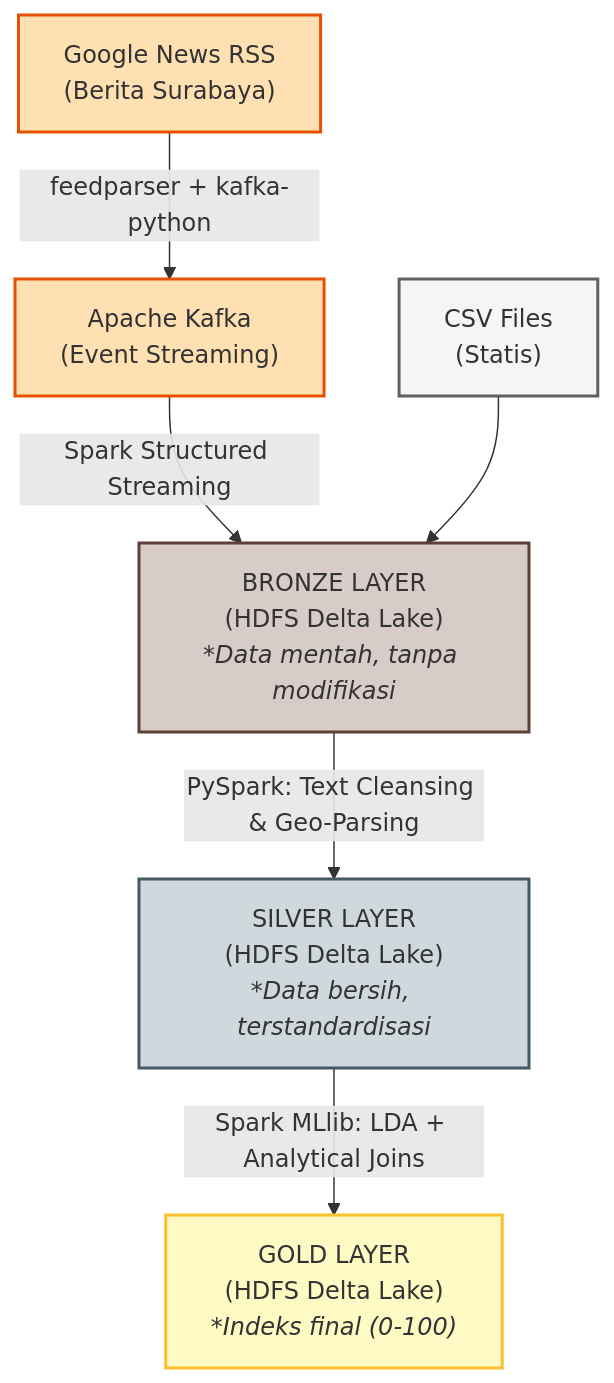
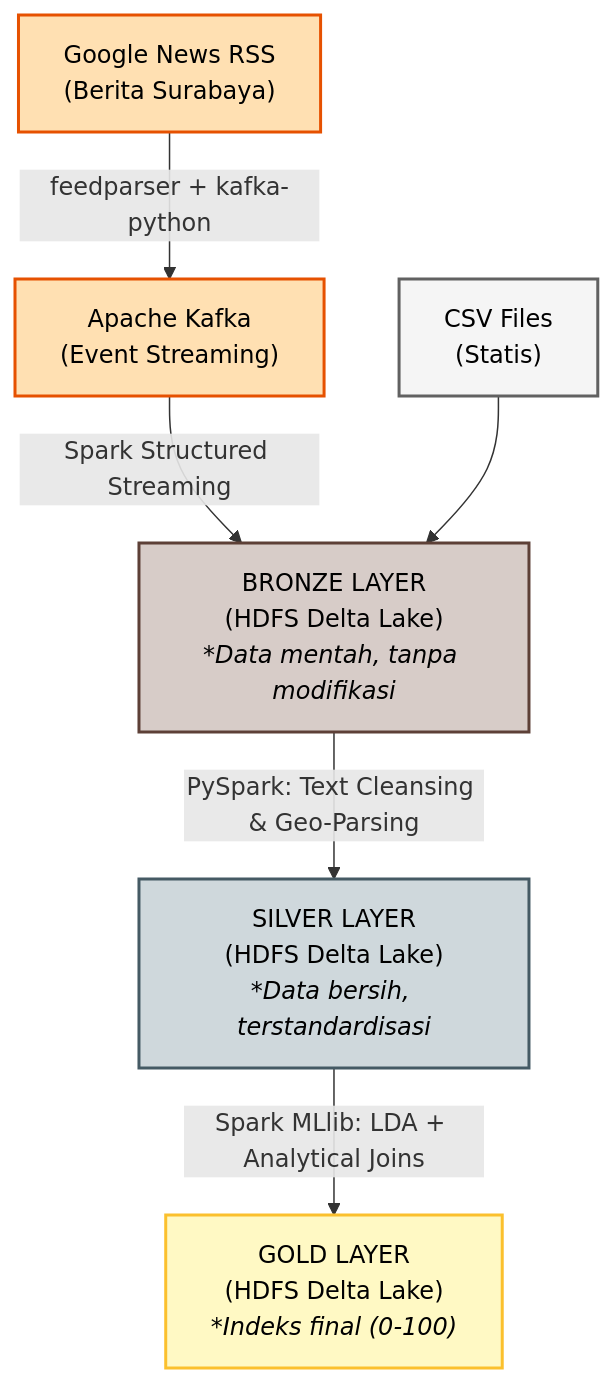
Before and after one commit to airenmeyy/kelompok-1-eas-bigdata: the first of 6 diagrams in README.md, drawn with Mermaid.

Commit message:
fix(docs): force black text color in Mermaid diagram for dark mode contrast

````diff
--- a/README.md
+++ b/README.md
@@ -120,32 +120,32 @@
 ```mermaid
 graph TD
     %% Styling Definitions
-    classDef stream fill:#ffe0b2,stroke:#e65100,stroke-width:2px;
-    classDef static fill:#f5f5f5,stroke:#616161,stroke-width:2px;
-    classDef bronze fill:#d7ccc8,stroke:#5d4037,stroke-width:2px;
-    classDef silver fill:#cfd8dc,stroke:#455a64,stroke-width:2px;
-    classDef gold fill:#fff9c4,stroke:#fbc02d,stroke-width:2px;
+    classDef stream fill:#ffe0b2,stroke:#e65100,stroke-width:2px,color:#000;
+    classDef static fill:#f5f5f5,stroke:#616161,stroke-width:2px,color:#000;
+    classDef bronze fill:#d7ccc8,stroke:#5d4037,stroke-width:2px,color:#000;
+    classDef silver fill:#cfd8dc,stroke:#455a64,stroke-width:2px,color:#000;
+    classDef gold fill:#fff9c4,stroke:#fbc02d,stroke-width:2px,color:#000;
 
     %% Nodes
     RSS["Google News RSS<br/>(Berita Surabaya)"]
     Kafka["Apache Kafka<br/>(Event Streaming)"]
     CSV["CSV Files<br/>(Statis)"]
     
     Bronze["BRONZE LAYER<br/>(HDFS Delta Lake)<br/><i>*Data mentah, tanpa modifikasi</i>"]
     Silver["SILVER LAYER<br/>(HDFS Delta Lake)<br/><i>*Data bersih, terstandardisasi</i>"]
     Gold["GOLD LAYER<br/>(HDFS Delta Lake)<br/><i>*Indeks final (0-100)</i>"]
 
     %% Connections
     RSS -->|feedparser + kafka-python| Kafka
     Kafka -->|Spark Structured Streaming| Bronze
     CSV --> Bronze
     Bronze -->|PySpark: Text Cleansing & Geo-Parsing| Silver
     Silver -->|Spark MLlib: LDA + Analytical Joins| Gold
 
     %% Apply Styles
     class RSS,Kafka stream;
     class CSV static;
     class Bronze bronze;
     class Silver silver;
     class Gold gold;
 ```
````
